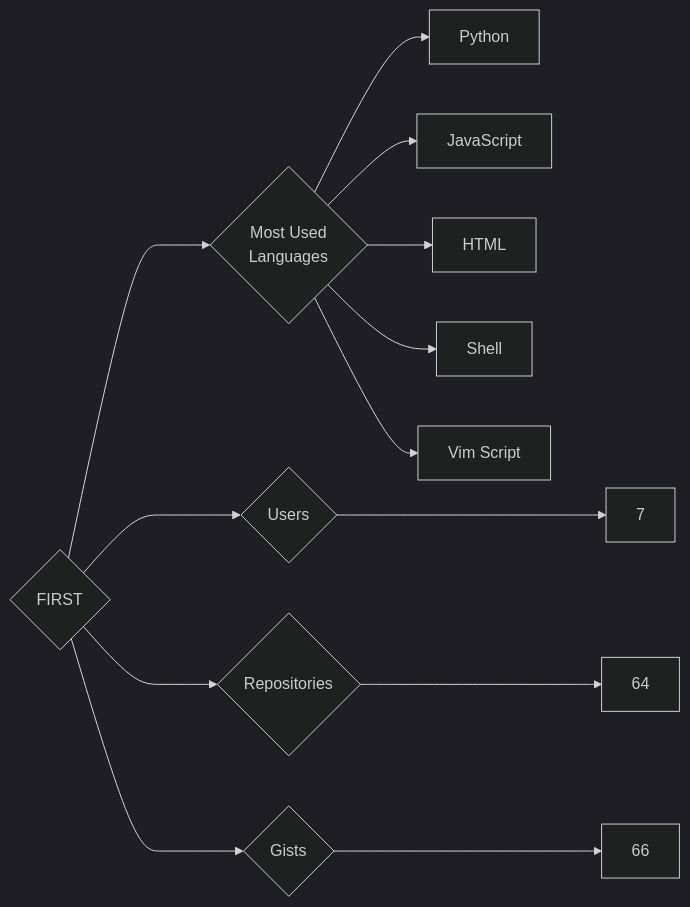
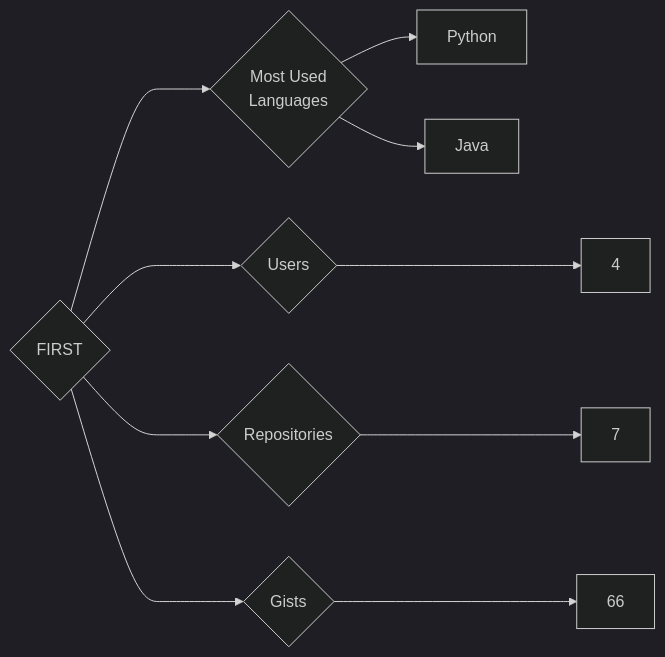
The diagram in targets/FIRST/README.md (trickest/insiders), drawn with Mermaid (dark theme) before and after one commit. The commit also changed 1167 other files, not shown here.

````diff
--- a/targets/FIRST/README.md
+++ b/targets/FIRST/README.md
@@ -3,13 +3,10 @@
 ```mermaid
 graph LR
 COMPANY_NAME{FIRST}
-COMPANY_NAME ---> U{Users} ---> UN[7]
-COMPANY_NAME ---> R{Repositories} ---> RN[64]
+COMPANY_NAME ---> U{Users} ---> UN[4]
+COMPANY_NAME ---> R{Repositories} ---> RN[7]
 COMPANY_NAME ---> G{Gists} ---> GN[66]
 COMPANY_NAME ---> ML{Most Used<br>Languages}
 ML --> Python[Python]
-ML --> JavaScript[JavaScript]
-ML --> HTML[HTML]
-ML --> Shell[Shell]
-ML --> Vim_Script[Vim Script]
+ML --> Java[Java]
 ```
````
